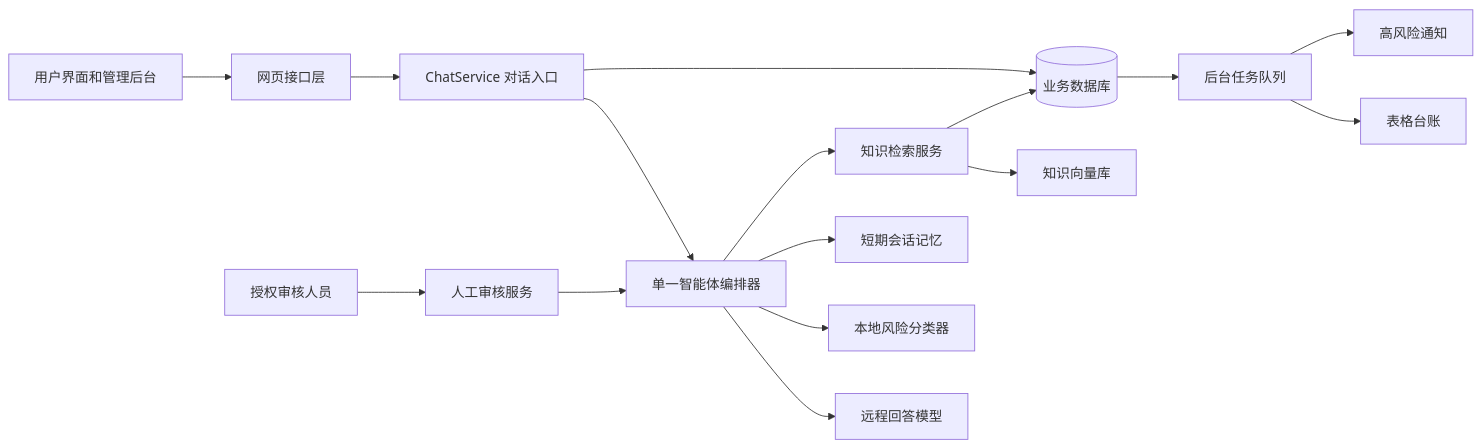
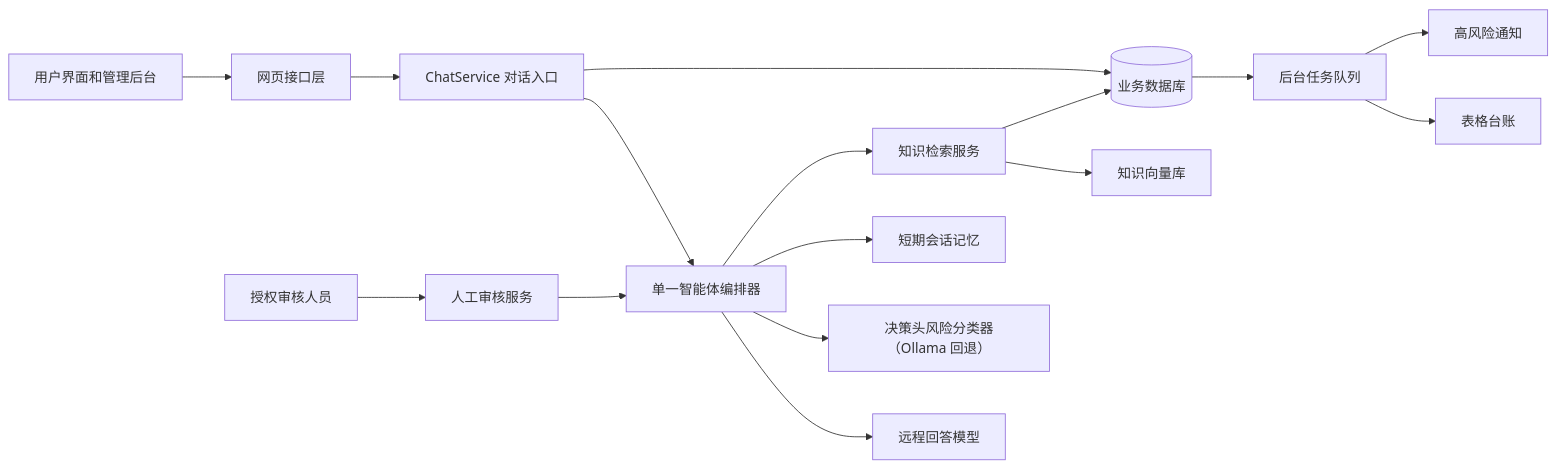
Before and after one commit to assle/XLing-agent: the first of 2 diagrams in README.md, drawn with Mermaid. The commit also changed other lines of this file and 24 other files, not shown here.

````diff
--- a/README.md
+++ b/README.md
@@ -29,18 +29,18 @@
 ```mermaid
 flowchart LR
     Browser[用户界面和管理后台] --> API[网页接口层]
     API --> Chat[ChatService 对话入口]
     Chat --> Orchestrator[单一智能体编排器]
     Orchestrator --> ReplyModel[远程回答模型]
-    Orchestrator --> Classifier[本地风险分类器]
+    Orchestrator --> Classifier[决策头风险分类器（Ollama 回退）]
     Orchestrator --> Redis[短期会话记忆]
     Orchestrator --> Knowledge[知识检索服务]
     Knowledge --> Chroma[知识向量库]
     Knowledge --> MySQL[(业务数据库)]
     Chat --> MySQL
     MySQL --> Queue[后台任务队列]
     Queue --> Ledger[表格台账]
     Queue --> Alert[高风险通知]
     Admin[授权审核人员] --> Review[人工审核服务]
     Review --> Orchestrator
 ```
````
